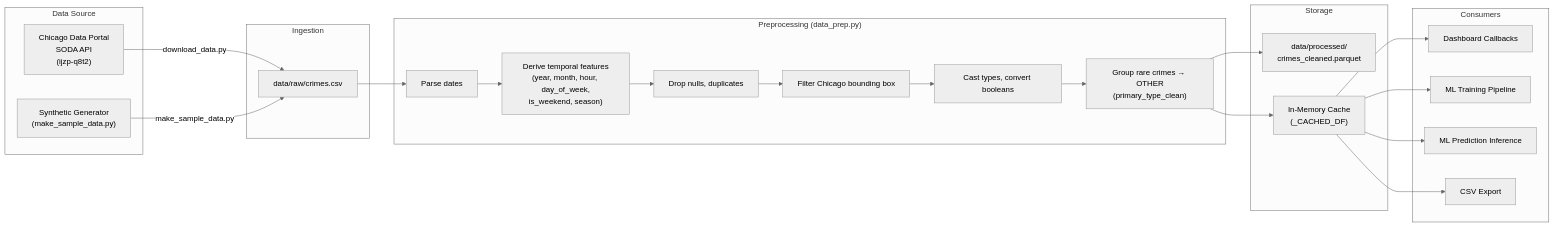
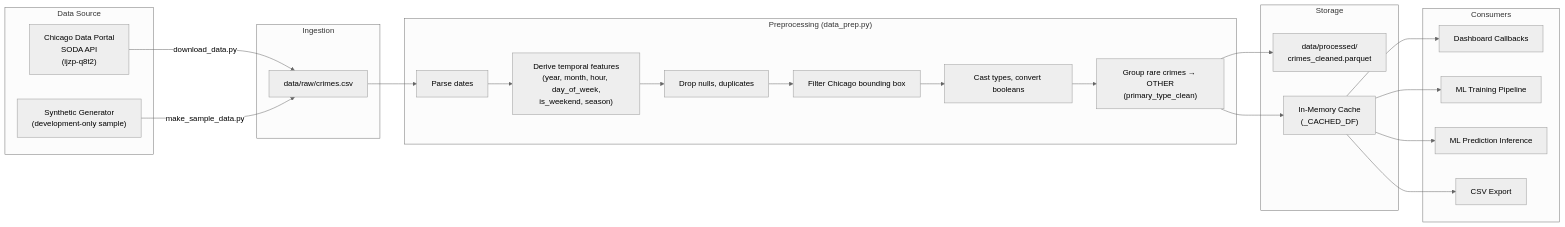
One commit to Joshi4git-hub/CrimeScope changed the third of 3 diagrams in README.md. Above: the diagram before and after it, drawn with Mermaid (neutral theme). The commit also changed other lines of this file, not shown here.

````diff
--- a/README.md
+++ b/README.md
@@ -764,42 +764,42 @@
 ```mermaid
 flowchart LR
     subgraph Source["Data Source"]
         A["Chicago Data Portal<br/>SODA API<br/>(ijzp-q8t2)"]
-        B["Synthetic Generator<br/>(make_sample_data.py)"]
+        B["Synthetic Generator<br/>(development-only sample)"]
     end
 
     subgraph Ingest["Ingestion"]
         C["data/raw/crimes.csv"]
     end
 
     subgraph Preprocess["Preprocessing (data_prep.py)"]
         D["Parse dates"]
         E["Derive temporal features<br/>(year, month, hour, day_of_week,<br/>is_weekend, season)"]
         F["Drop nulls, duplicates"]
         G["Filter Chicago bounding box"]
         H["Cast types, convert booleans"]
         I["Group rare crimes → OTHER<br/>(primary_type_clean)"]
     end
 
     subgraph Store["Storage"]
         J["data/processed/<br/>crimes_cleaned.parquet"]
         K["In-Memory Cache<br/>(_CACHED_DF)"]
     end
 
     subgraph Consume["Consumers"]
         L["Dashboard Callbacks"]
         M["ML Training Pipeline"]
         N["ML Prediction Inference"]
         O["CSV Export"]
     end
 
     A -->|"download_data.py"| C
     B -->|"make_sample_data.py"| C
     C --> D --> E --> F --> G --> H --> I
     I --> J
     I --> K
     K --> L
     K --> M
     K --> N
     K --> O
 ```
````
